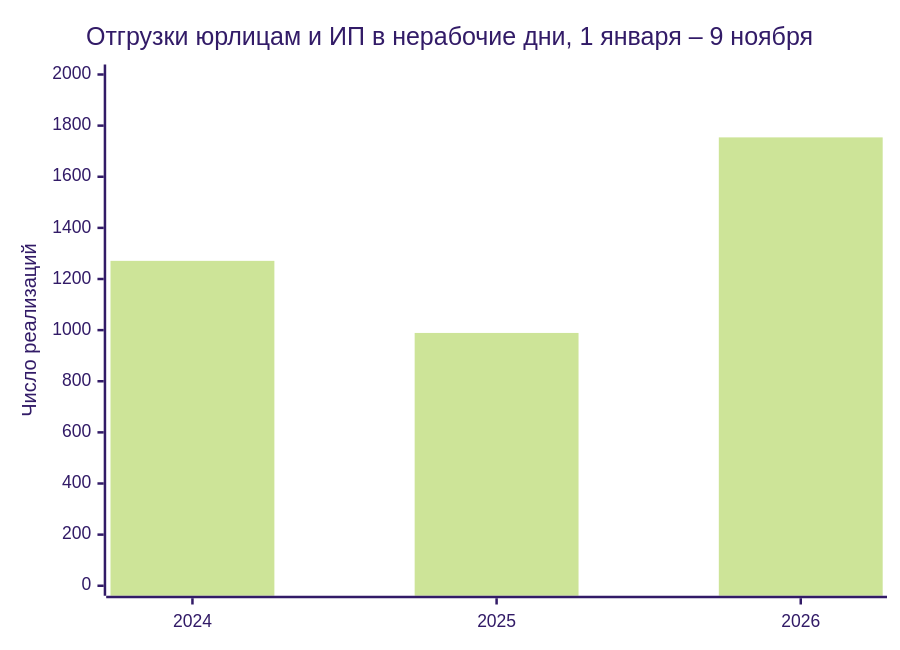
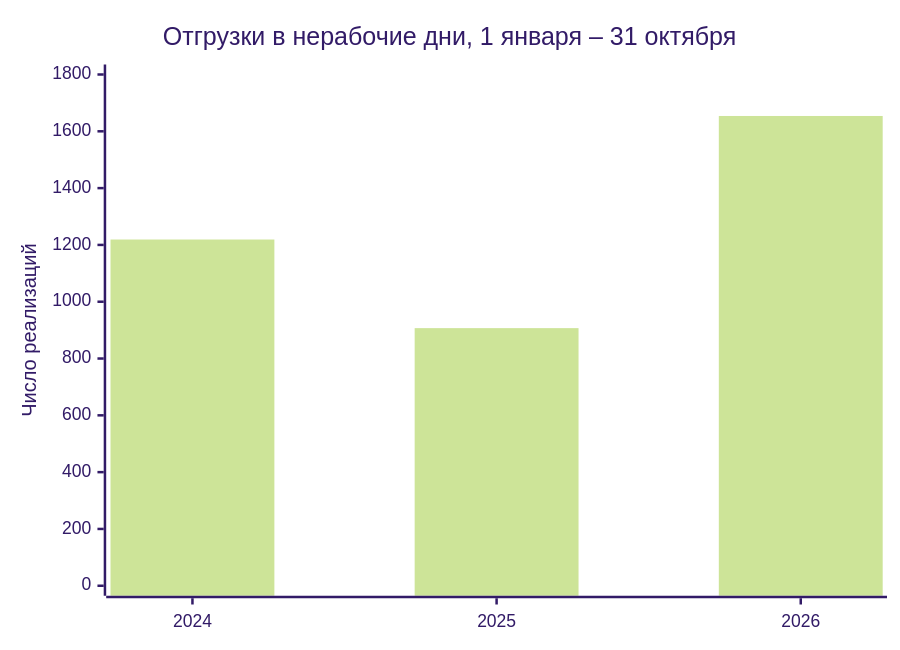
The diagram in README.md (arimberg-svg/otgruzki-yurikam), drawn with Mermaid (forest theme) before and after one commit. The commit also changed other lines of this file and 1 other file, not shown here.

````diff
--- a/README.md
+++ b/README.md
@@ -7,7 +9,7 @@
 ```mermaid
 xychart-beta
-    title "Отгрузки юрлицам и ИП в нерабочие дни, 1 января – 9 ноября"
+    title "Отгрузки в нерабочие дни, 1 января – 31 октября"
     x-axis [2024, 2025, 2026]
-    y-axis "Число реализаций" 0 --> 2000
-    bar [1271, 989, 1754]
+    y-axis "Число реализаций" 0 --> 1800
+    bar [1219, 907, 1654]
 ```
````
